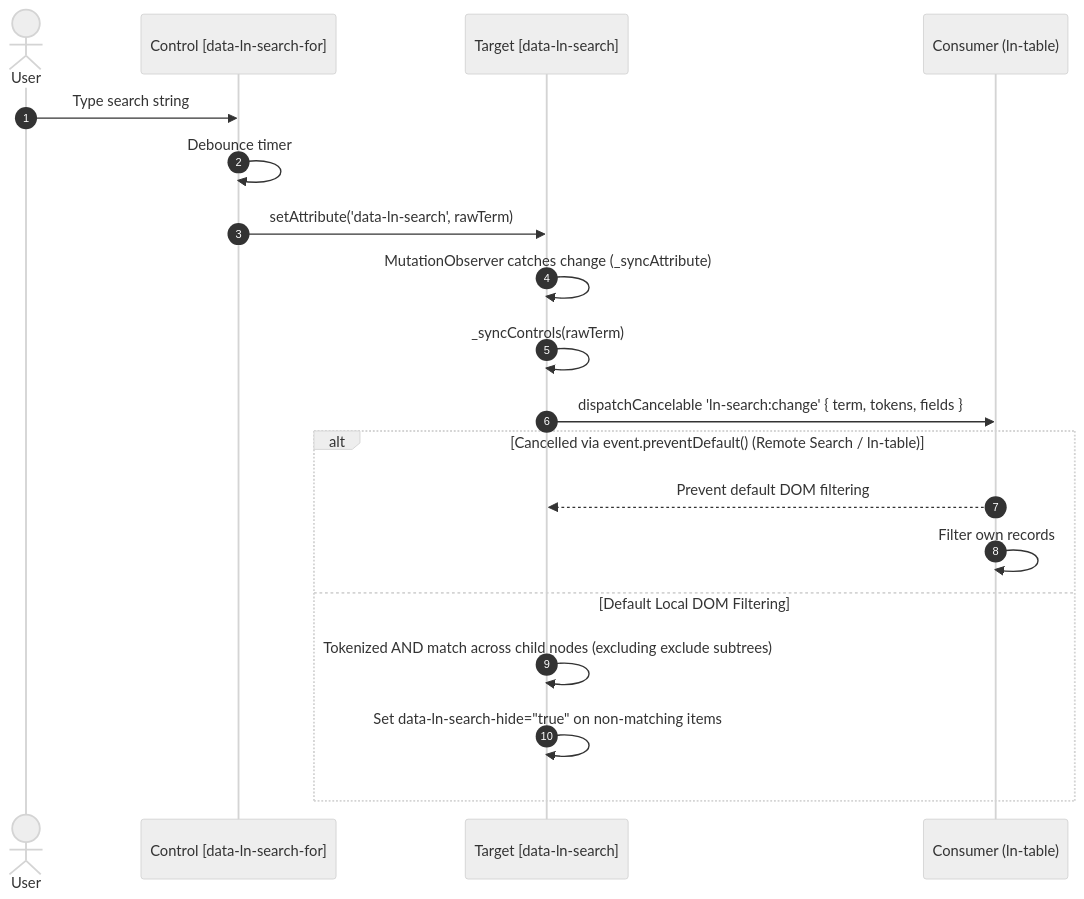
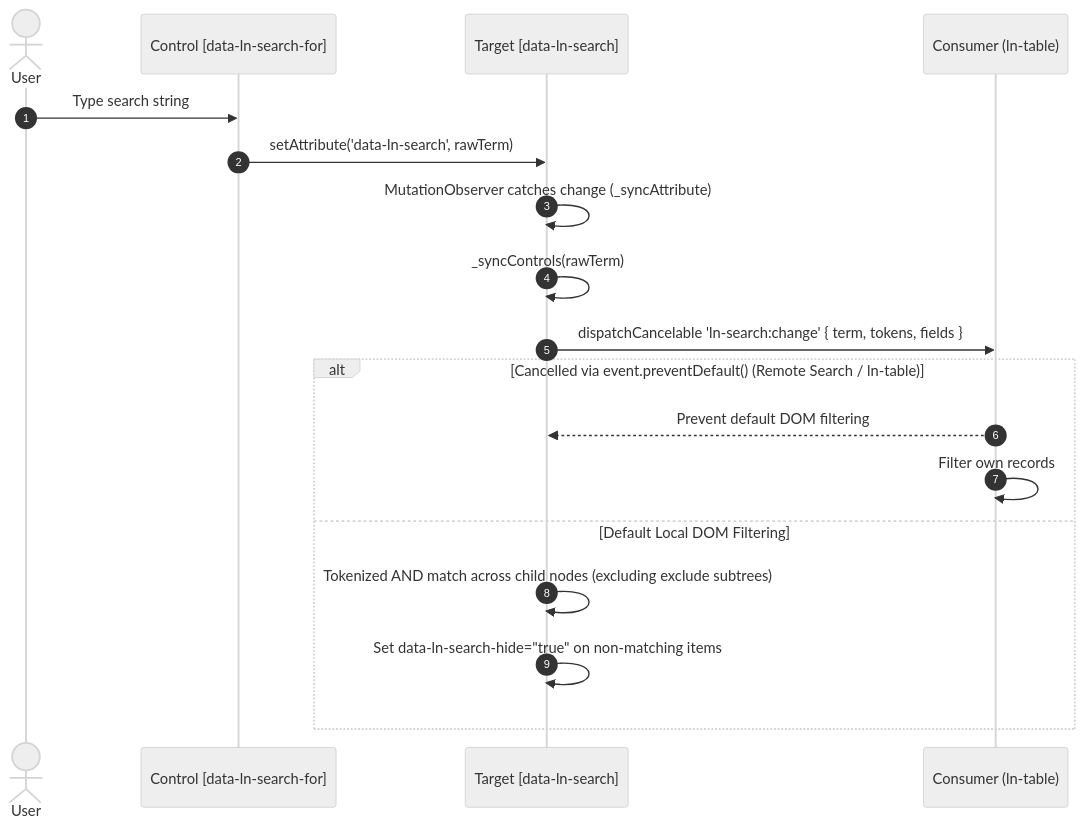
Before and after one commit to livenetworks/ln-ashlar: the diagram in docs-mcp/components/ln-search.md, drawn with Mermaid (neutral theme). The commit also changed other lines of this file and 21 other files, not shown here.

````diff
--- a/docs-mcp/components/ln-search.md
+++ b/docs-mcp/components/ln-search.md
@@ -235,23 +234,22 @@
 ```mermaid
 sequenceDiagram
     autonumber
     actor User
     participant Control as Control [data-ln-search-for]
     participant Target as Target [data-ln-search]
     participant Consumer as Consumer (ln-table)
 
     User->>Control: Type search string
-    Control->>Control: Debounce timer
     Control->>Target: setAttribute('data-ln-search', rawTerm)
     Target->>Target: MutationObserver catches change (_syncAttribute)
     Target->>Target: _syncControls(rawTerm)
     Target->>Consumer: dispatchCancelable 'ln-search:change' { term, tokens, fields }
 
     alt Cancelled via event.preventDefault() (Remote Search / ln-table)
         Consumer-->>Target: Prevent default DOM filtering
         Consumer->>Consumer: Filter own records
     else Default Local DOM Filtering
         Target->>Target: Tokenized AND match across child nodes (excluding exclude subtrees)
         Target->>Target: Set data-ln-search-hide="true" on non-matching items
     end
 ```
````
